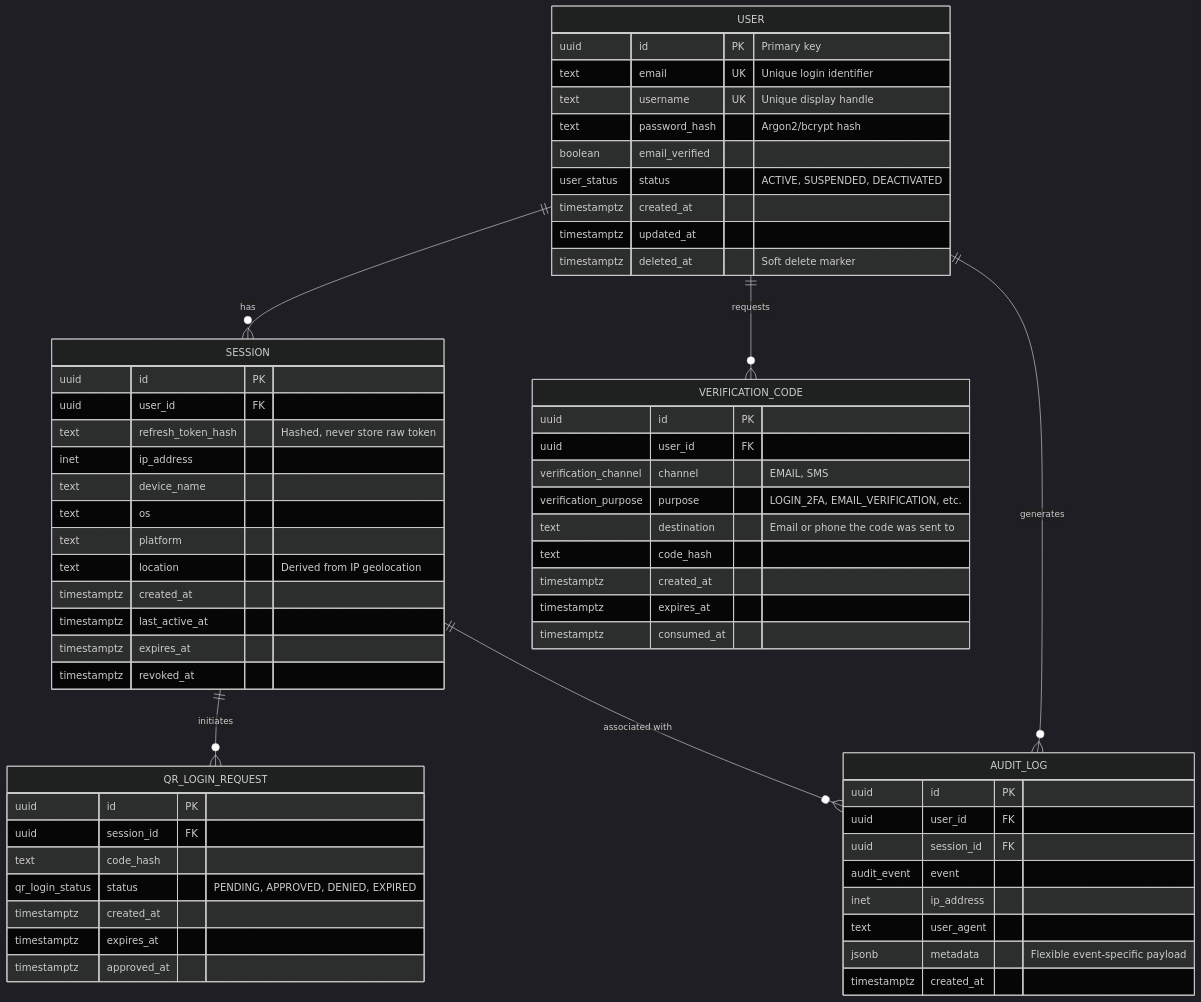
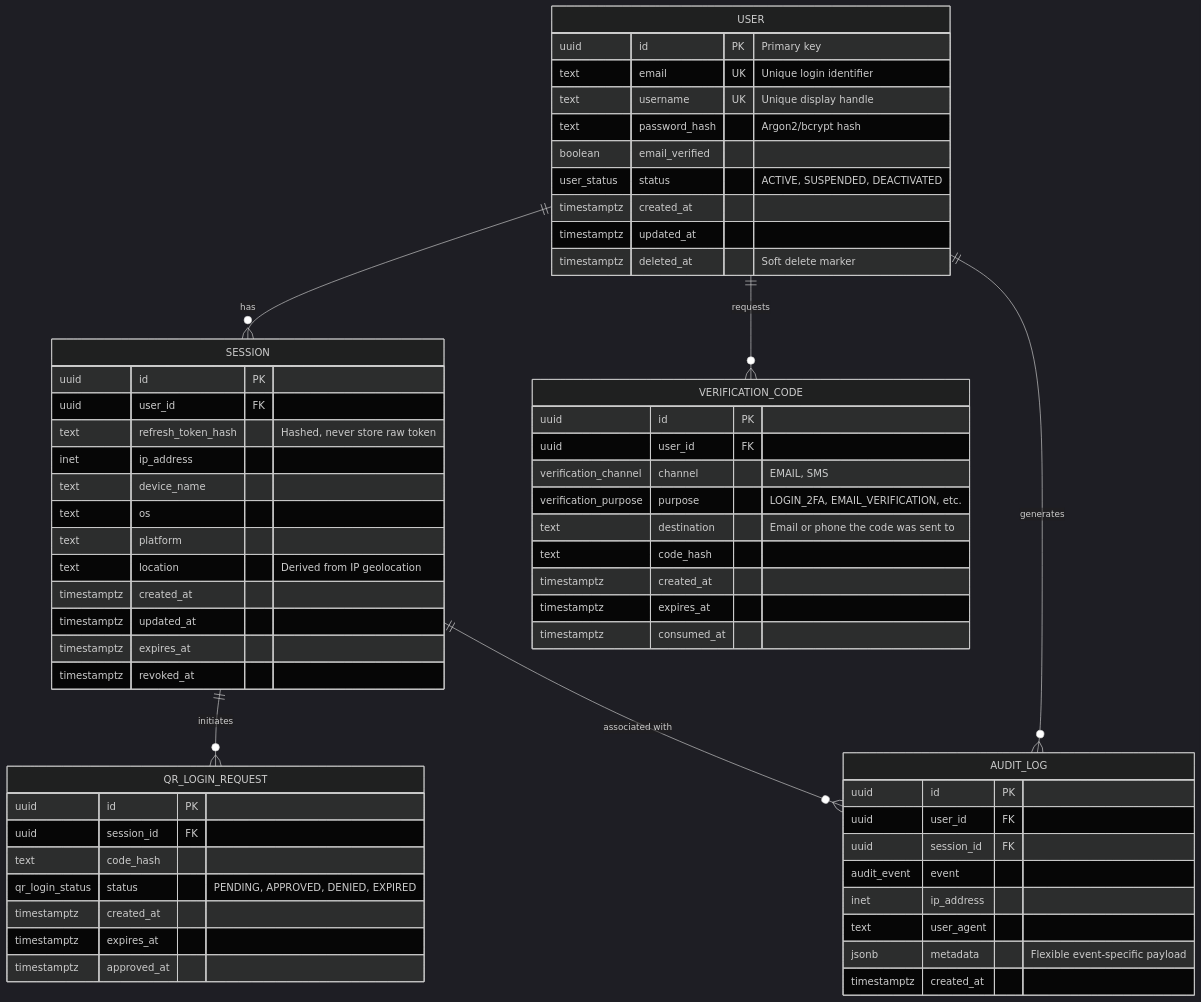
One commit to CDavidSV/Authentication-Service changed the diagram in README.md. Above: the diagram before and after it, drawn with Mermaid (dark theme). The commit also changed 45 other files, not shown here.

````diff
--- a/README.md
+++ b/README.md
@@ -5,69 +5,69 @@
 ```mermaid
 erDiagram
 
     USER {
         uuid id PK "Primary key"
         text email UK "Unique login identifier"
         text username UK "Unique display handle"
         text password_hash "Argon2/bcrypt hash"
         boolean email_verified
         user_status status "ACTIVE, SUSPENDED, DEACTIVATED"
         timestamptz created_at
         timestamptz updated_at
         timestamptz deleted_at "Soft delete marker"
     }
 
     SESSION {
         uuid id PK
         uuid user_id FK
         text refresh_token_hash "Hashed, never store raw token"
         inet ip_address
         text device_name
         text os
         text platform
         text location "Derived from IP geolocation"
         timestamptz created_at
-        timestamptz last_active_at
+        timestamptz updated_at
         timestamptz expires_at
         timestamptz revoked_at
     }
 
     VERIFICATION_CODE {
         uuid id PK
         uuid user_id FK
         verification_channel channel "EMAIL, SMS"
         verification_purpose purpose "LOGIN_2FA, EMAIL_VERIFICATION, etc."
         text destination "Email or phone the code was sent to"
         text code_hash
         timestamptz created_at
         timestamptz expires_at
         timestamptz consumed_at
     }
 
     QR_LOGIN_REQUEST {
         uuid id PK
         uuid session_id FK
         text code_hash
         qr_login_status status "PENDING, APPROVED, DENIED, EXPIRED"
         timestamptz created_at
         timestamptz expires_at
         timestamptz approved_at
     }
 
     AUDIT_LOG {
         uuid id PK
         uuid user_id FK
         uuid session_id FK
         audit_event event
         inet ip_address
         text user_agent
         jsonb metadata "Flexible event-specific payload"
         timestamptz created_at
     }
 
     USER ||--o{ SESSION : "has"
     USER ||--o{ VERIFICATION_CODE : "requests"
     SESSION ||--o{ QR_LOGIN_REQUEST : "initiates"
     USER ||--o{ AUDIT_LOG : "generates"
     SESSION ||--o{ AUDIT_LOG : "associated with"
 ```
````
